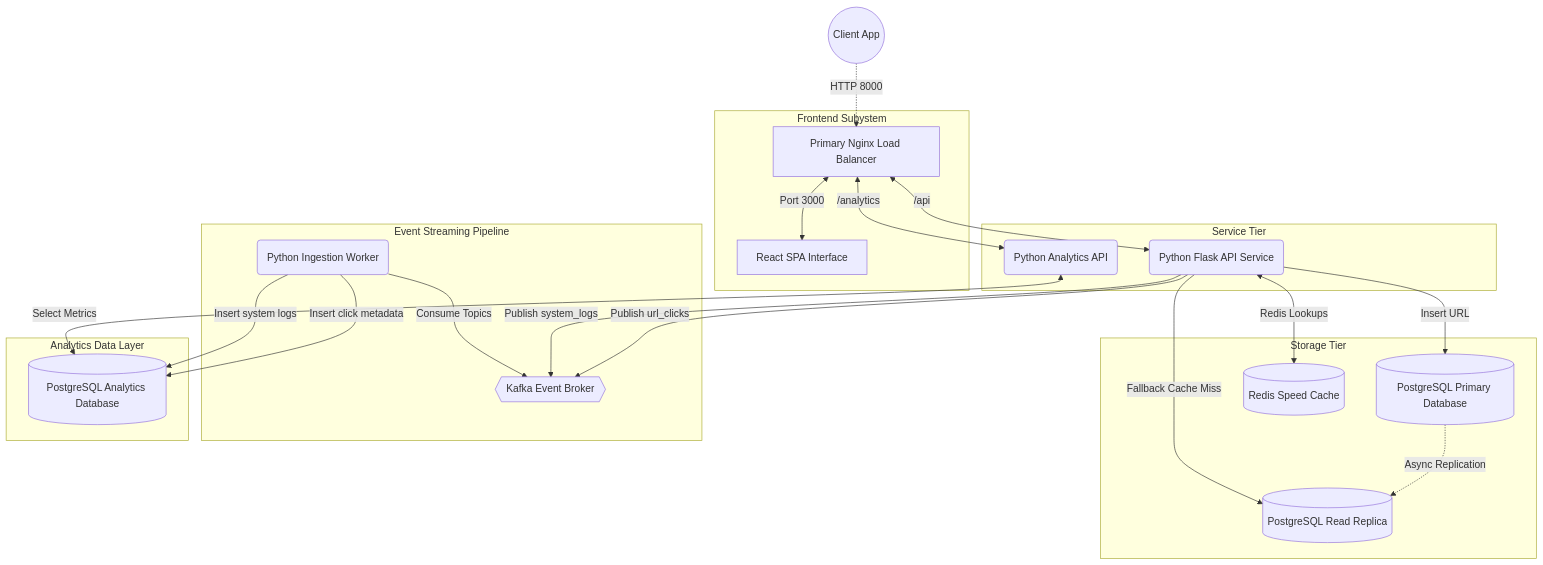
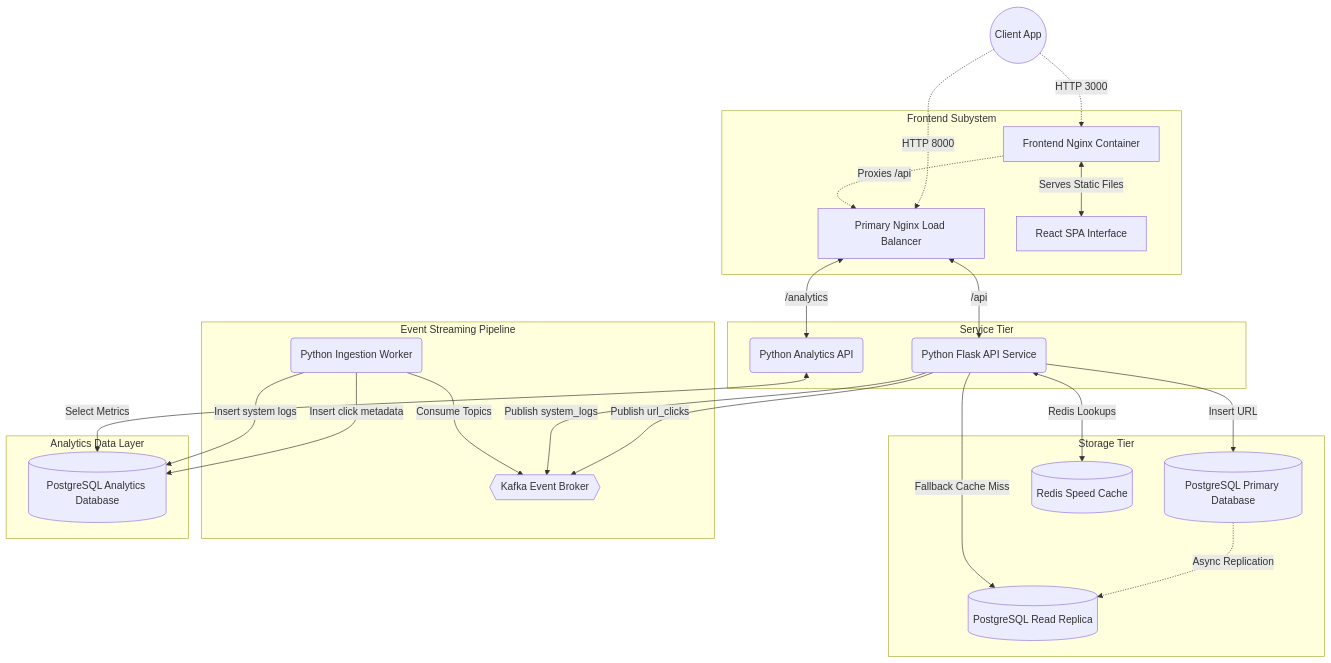
Before and after one commit to HimanM/SAP01---URL-Shortner: the diagram in docs/architecture.mmd, drawn with Mermaid. The commit also changed 1 other file, not shown here.

Commit message:
docs: clarify nginx proxy layer architecture in README and diagram

```diff
--- a/docs/architecture.mmd
+++ b/docs/architecture.mmd
@@ -1,30 +1,32 @@
 graph TD
-    Client((Client App)) -.->|HTTP 8000| Nginx[Primary Nginx Load Balancer]
+    Client((Client App)) -.->|HTTP 3000| FrontendNginx[Frontend Nginx Container]
+    Client -.->|HTTP 8000| MainNginx[Primary Nginx Load Balancer]
     
     subgraph Frontend Subystem
-        Nginx <-->|Port 3000| React[React SPA Interface]
+        FrontendNginx <-->|Serves Static Files| React[React SPA Interface]
+        FrontendNginx -.->|Proxies /api| MainNginx
     end
 
     subgraph Service Tier
-        Nginx <-->|/api| API(Python Flask API Service)
-        Nginx <-->|/analytics| Analytics(Python Analytics API)
+        MainNginx <-->|/api| API(Python Flask API Service)
+        MainNginx <-->|/analytics| Analytics(Python Analytics API)
     end
     
     subgraph Storage Tier
         API -->|Insert URL| PrimaryDb[(PostgreSQL Primary Database)]
         PrimaryDb -.->|Async Replication| ReplicaDb[(PostgreSQL Read Replica)]
         API <-->|Redis Lookups| Redis[(Redis Speed Cache)]
         API -->|Fallback Cache Miss| ReplicaDb
     end
     
     subgraph Event Streaming Pipeline
         API -->|Publish url_clicks| Kafka{{Kafka Event Broker}}
         API -->|Publish system_logs| Kafka
         Worker(Python Ingestion Worker) -->|Consume Topics| Kafka
     end
     
     subgraph Analytics Data Layer
         Worker -->|Insert click metadata| AnalyticsDb[(PostgreSQL Analytics Database)]
         Worker -->|Insert system logs| AnalyticsDb
         Analytics <-->|Select Metrics| AnalyticsDb
     end
```
